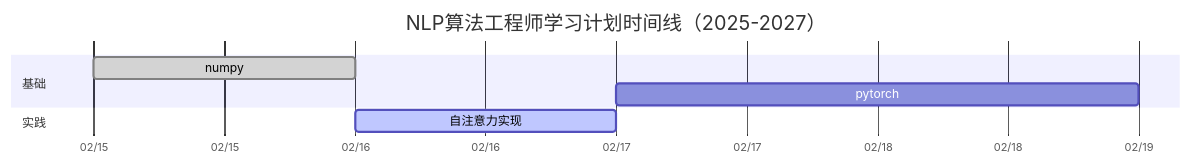
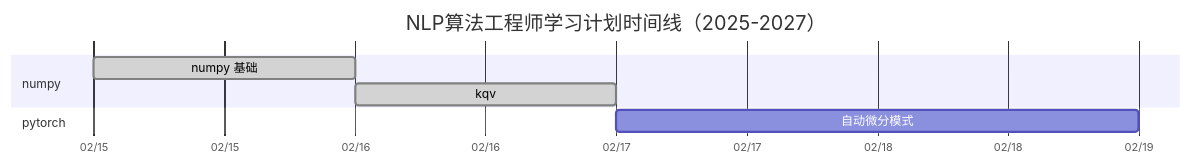
The diagram in 01 NLP核心模型与算法/第一阶段学习计划.md (FLFoxMail/nlp), drawn with Mermaid before and after one commit. The commit also changed 5 other files, not shown here.

````diff
--- a/01 NLP核心模型与算法/第一阶段学习计划.md
+++ b/01 NLP核心模型与算法/第一阶段学习计划.md
@@ -1,14 +1,14 @@
 ```mermaid
 gantt
     title NLP算法工程师学习计划时间线（2025-2027）
     dateFormat  YYYY-MM-DD
     axisFormat  %m/%d
 
-    section 基础
-    numpy :done, numpy, 2025-02-15,  1d
-    pytorch : pytorch, after sa,  2d
+    section numpy
+    numpy 基础 :done, numpy, 2025-02-15,  1d
+    kqv: done, sa, after numpy,  0.5d
 
-    section 实践
-    自注意力实现: active, sa, after numpy,  1d
+    section pytorch
+    自动微分模式 : nn, after sa,  2d
 
 ```
````
